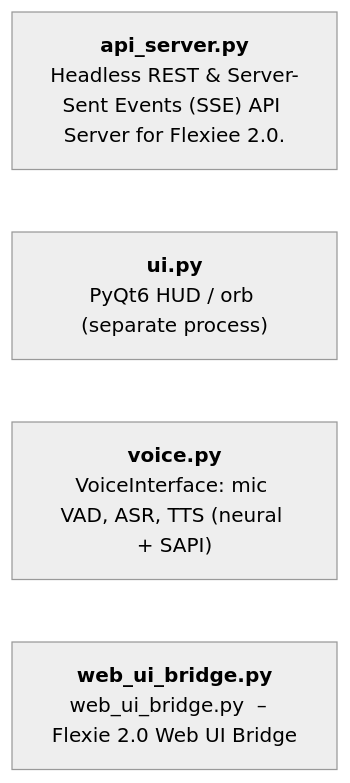
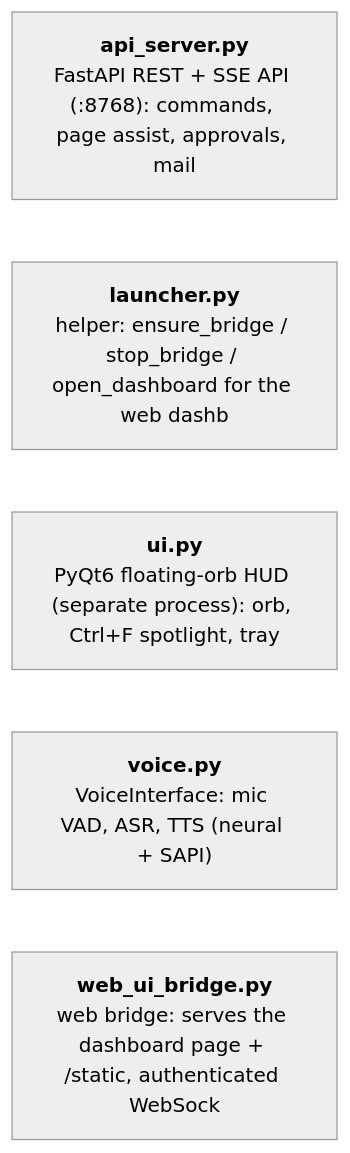
Before and after one commit to DhanushN2005/Agentic-AI-Desktop-Assistant-: diagram 33 of 41 in docs/ARCHITECTURE.md, drawn with Mermaid (neutral theme). The commit also changed other lines of this file and 61 other files, not shown here.

First line of the commit message:
Add comprehensive tests for launcher and web dashboard functionality

````diff
--- a/docs/ARCHITECTURE.md
+++ b/docs/ARCHITECTURE.md
@@ -1170,7 +1177,8 @@
 ```mermaid
 flowchart LR
-    n_interface_api_server["<b>api_server.py</b><br/>Headless REST & Server-Sent Events (SSE) API Server for Flexiee 2.0."]
-    n_interface_ui["<b>ui.py</b><br/>PyQt6 HUD / orb (separate process)"]
+    n_interface_api_server["<b>api_server.py</b><br/>FastAPI REST + SSE API (:8768): commands, page assist, approvals, mail"]
+    n_interface_launcher["<b>launcher.py</b><br/>helper: ensure_bridge / stop_bridge / open_dashboard for the web dashb"]
+    n_interface_ui["<b>ui.py</b><br/>PyQt6 floating-orb HUD (separate process): orb, Ctrl+F spotlight, tray"]
     n_interface_voice["<b>voice.py</b><br/>VoiceInterface: mic VAD, ASR, TTS (neural + SAPI)"]
-    n_interface_web_ui_bridge["<b>web_ui_bridge.py</b><br/>web_ui_bridge.py  –  Flexie 2.0 Web UI Bridge"]
+    n_interface_web_ui_bridge["<b>web_ui_bridge.py</b><br/>web bridge: serves the dashboard page + /static, authenticated WebSock"]
 ```
````
